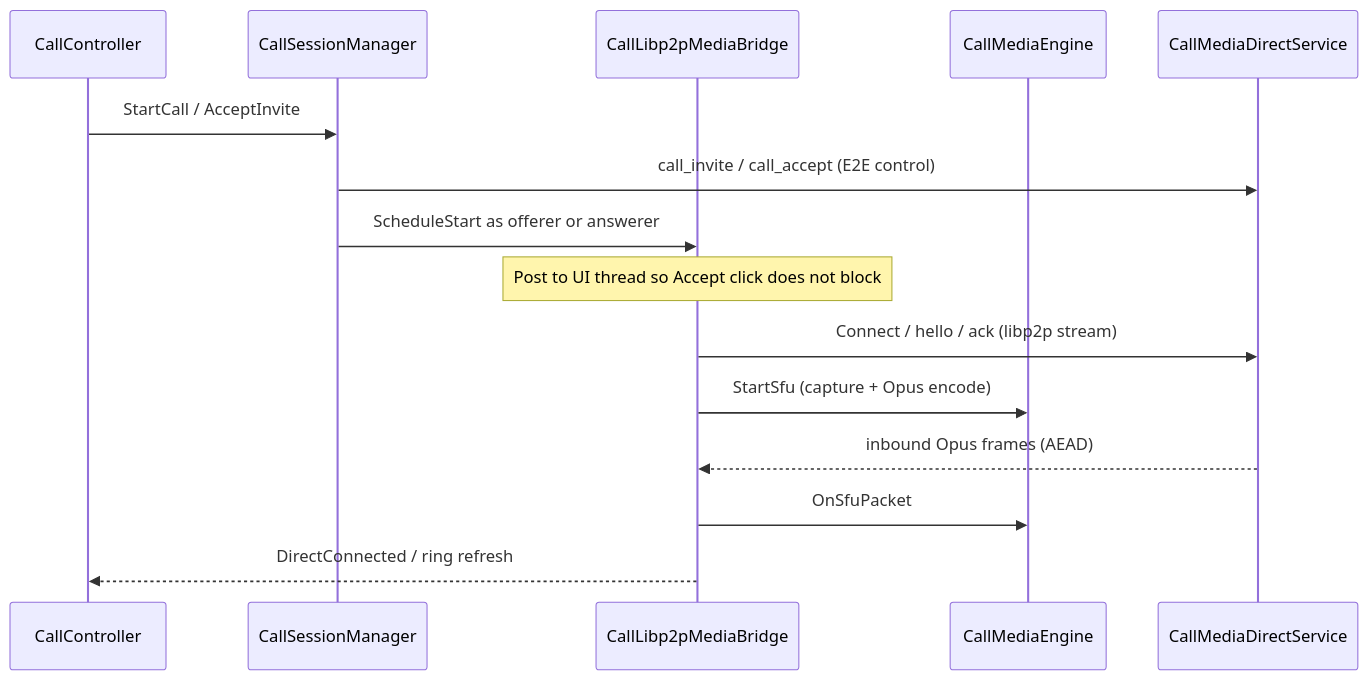
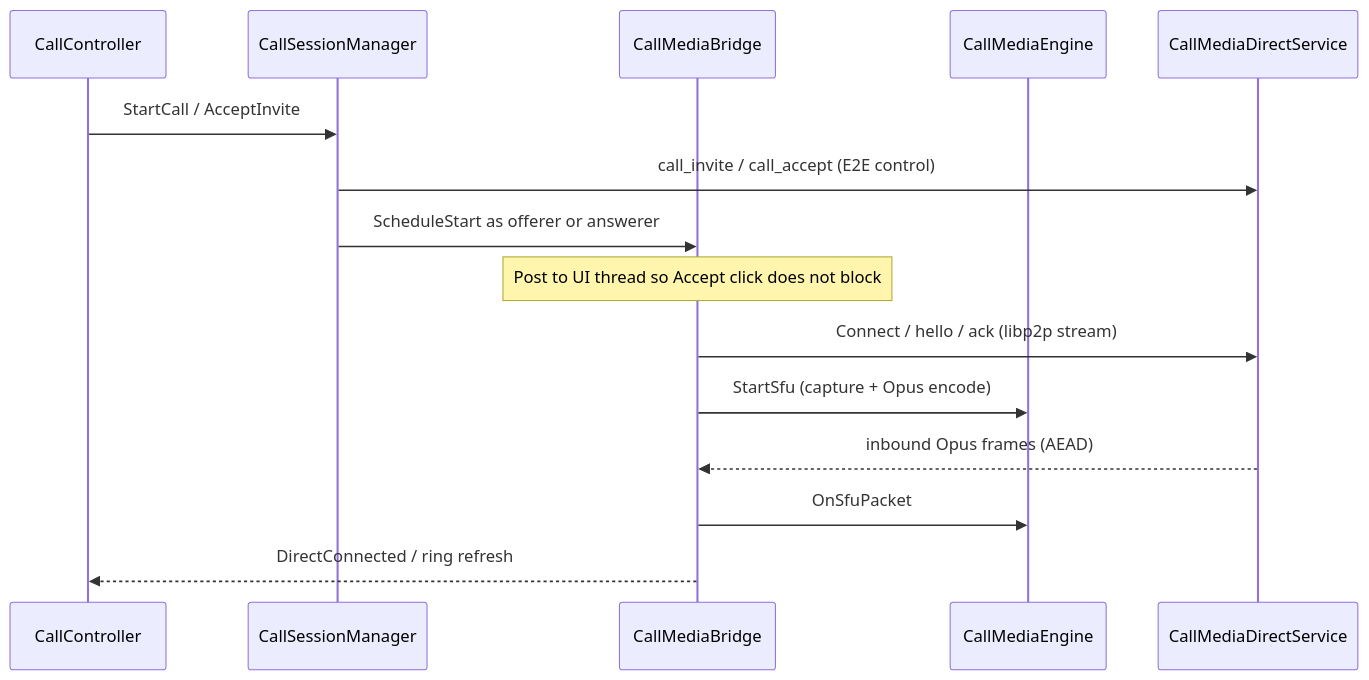
The fourth of 5 diagrams in docs/architecture/CALLS.md (people-post/pp-browser), drawn with Mermaid before and after one commit. The commit also changed other lines of this file and 290 other files, not shown here.

````diff
--- a/docs/architecture/CALLS.md
+++ b/docs/architecture/CALLS.md
@@ -203,18 +203,18 @@
 ```mermaid
 sequenceDiagram
   participant UI as CallController
   participant CSM as CallSessionManager
-  participant L2P as CallLibp2pMediaBridge
+  participant L2P as CallMediaBridge
   participant Eng as CallMediaEngine
   participant DM as CallMediaDirectService
 
   UI->>CSM: StartCall / AcceptInvite
   CSM->>DM: call_invite / call_accept (E2E control)
   CSM->>L2P: ScheduleStart as offerer or answerer
   Note over L2P: Post to UI thread so Accept click does not block
   L2P->>DM: Connect / hello / ack (libp2p stream)
   L2P->>Eng: StartSfu (capture + Opus encode)
   DM-->>L2P: inbound Opus frames (AEAD)
   L2P->>Eng: OnSfuPacket
   L2P-->>UI: DirectConnected / ring refresh
 ```
````
